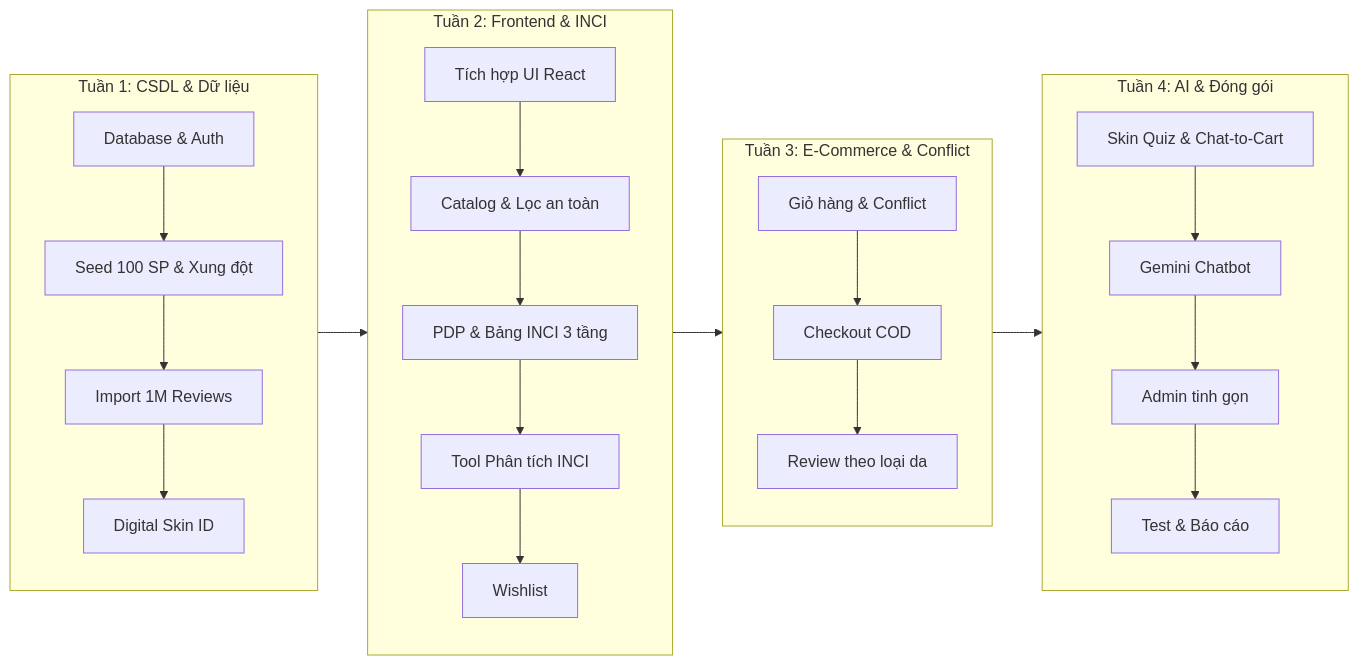
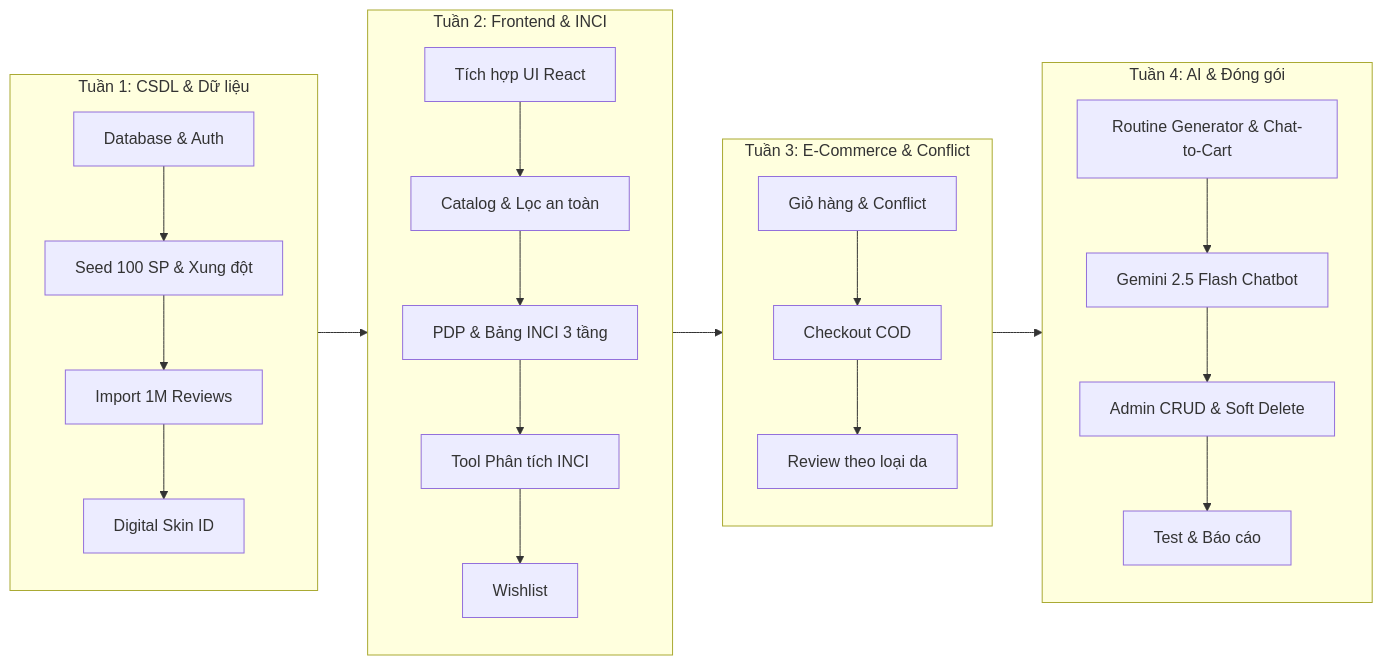
One commit to keplertuyen/beauty_ai changed the diagram in docs/CHUC_NANG_PHASE1_DO_AN.md. Above: the diagram before and after it, drawn with Mermaid. The commit also changed other lines of this file and 6 other files, not shown here.

Commit message:
docs(phase-1): sync all Phase 1 specifications, DTOs, schema, and roadmap with actual implementation

````diff
--- a/docs/CHUC_NANG_PHASE1_DO_AN.md
+++ b/docs/CHUC_NANG_PHASE1_DO_AN.md
@@ -273,16 +278,16 @@
 ```mermaid
 flowchart LR
     subgraph W1["Tuần 1: CSDL & Dữ liệu"]
         T11["Database & Auth"] --> T12["Seed 100 SP & Xung đột"] --> T13["Import 1M Reviews"] --> T14["Digital Skin ID"]
     end
     subgraph W2["Tuần 2: Frontend & INCI"]
         T21["Tích hợp UI React"] --> T22["Catalog & Lọc an toàn"] --> T23["PDP & Bảng INCI 3 tầng"] --> T24["Tool Phân tích INCI"] --> T25["Wishlist"]
     end
     subgraph W3["Tuần 3: E-Commerce & Conflict"]
         T31["Giỏ hàng & Conflict"] --> T32["Checkout COD"] --> T33["Review theo loại da"]
     end
     subgraph W4["Tuần 4: AI & Đóng gói"]
-        T41["Skin Quiz & Chat-to-Cart"] --> T42["Gemini Chatbot"] --> T43["Admin tinh gọn"] --> T44["Test & Báo cáo"]
+        T41["Routine Generator & Chat-to-Cart"] --> T42["Gemini 2.5 Flash Chatbot"] --> T43["Admin CRUD & Soft Delete"] --> T44["Test & Báo cáo"]
     end
     W1 --> W2 --> W3 --> W4
 ```
````
